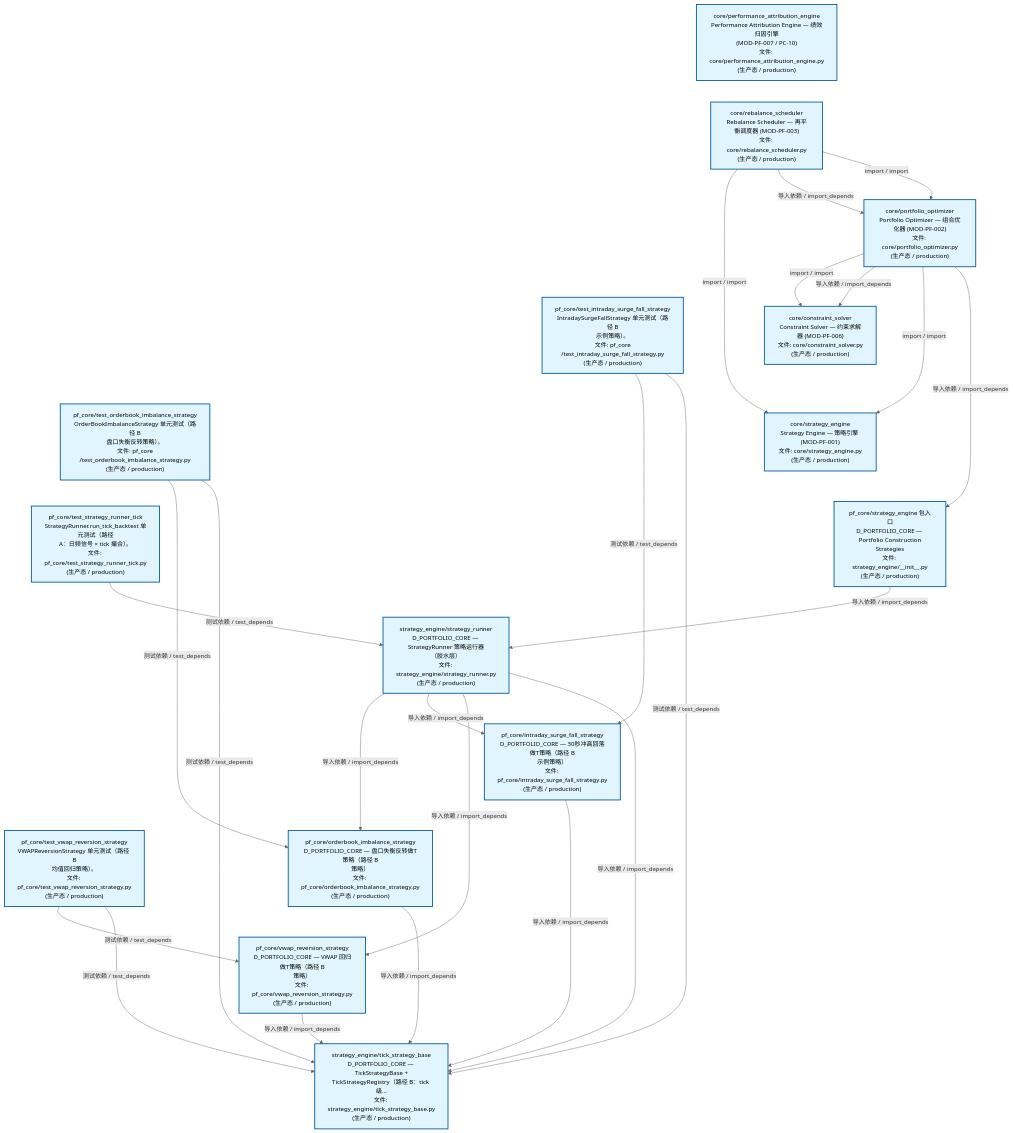
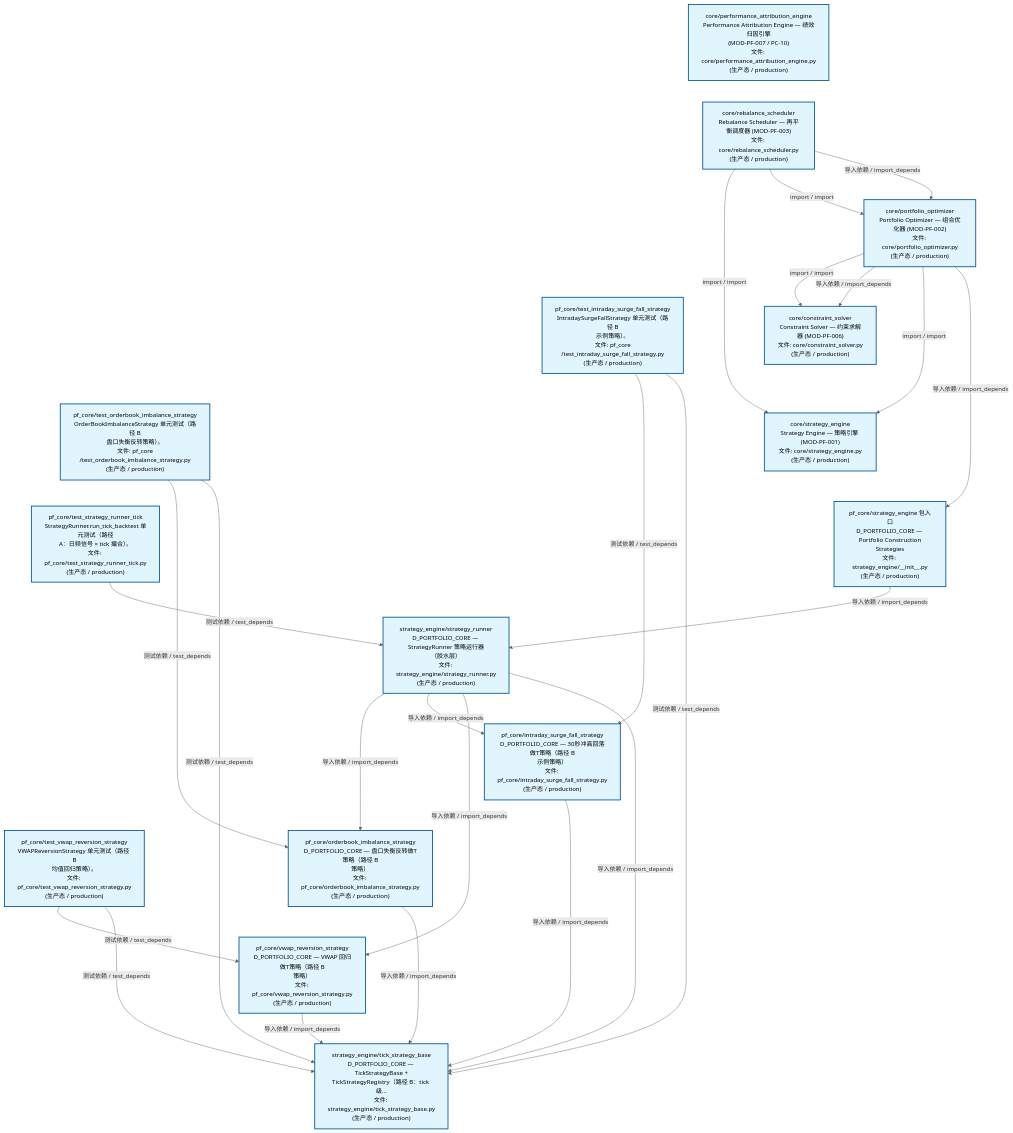
The second of 4 diagrams in docs/02_enterprise_architecture/02_domain_architecture_docs/63_d_pf_core.md (xuanFelixVan/ZephyrAlpha), drawn with Mermaid before and after one commit. The commit also changed other lines of this file and 41 other files, not shown here.

````diff
--- a/docs/02_enterprise_architecture/02_domain_architecture_docs/63_d_pf_core.md
+++ b/docs/02_enterprise_architecture/02_domain_architecture_docs/63_d_pf_core.md
@@ -139,55 +140,55 @@
 ```mermaid
 %%{init: {'theme': 'base', 'themeVariables': {'primaryColor': '#eaeaea', 'primaryTextColor': '#333333', 'primaryBorderColor': '#666666', 'lineColor': '#666666', 'secondaryColor': '#eaeaea', 'tertiaryColor': '#eaeaea', 'fontSize': '14px'}}}%%
 flowchart TD
     src_zephyr_pf_core_core_performance_attribution_engine_py["core/performance_attribution_engine<br/>Performance Attribution Engine — 绩效归因引擎<br/>(MOD-PF-007 / PC-10)<br/>文件: core/performance_attribution_engine.py<br/>(生产态 / production)"]
     src_zephyr_pf_core_core_rebalance_scheduler_py["core/rebalance_scheduler<br/>Rebalance Scheduler — 再平衡调度器 (MOD-PF-003)<br/>文件: core/rebalance_scheduler.py<br/>(生产态 / production)"]
     tests_pf_core_test_intraday_surge_fall_strategy_py["pf_core/test_intraday_surge_fall_strategy<br/>IntradaySurgeFallStrategy 单元测试（路径 B<br/>示例策略）。<br/>文件: pf_core<br/>/test_intraday_surge_fall_strategy.py<br/>(生产态 / production)"]
     tests_pf_core_test_orderbook_imbalance_strategy_py["pf_core/test_orderbook_imbalance_strategy<br/>OrderBookImbalanceStrategy 单元测试（路径 B<br/>盘口失衡反转策略）。<br/>文件: pf_core<br/>/test_orderbook_imbalance_strategy.py<br/>(生产态 / production)"]
     tests_pf_core_test_strategy_runner_tick_py["pf_core/test_strategy_runner_tick<br/>StrategyRunner.run_tick_backtest 单元测试（路径<br/>A：日频信号 × tick 撮合）。<br/>文件: pf_core/test_strategy_runner_tick.py<br/>(生产态 / production)"]
     tests_pf_core_test_vwap_reversion_strategy_py["pf_core/test_vwap_reversion_strategy<br/>VWAPReversionStrategy 单元测试（路径 B<br/>均值回归策略）。<br/>文件: pf_core/test_vwap_reversion_strategy.py<br/>(生产态 / production)"]
     src_zephyr_pf_core_core_performance_attribution_engine_py ~~~ src_zephyr_pf_core_core_rebalance_scheduler_py
     src_zephyr_pf_core_core_rebalance_scheduler_py ~~~ tests_pf_core_test_intraday_surge_fall_strategy_py
     tests_pf_core_test_intraday_surge_fall_strategy_py ~~~ tests_pf_core_test_orderbook_imbalance_strategy_py
     tests_pf_core_test_orderbook_imbalance_strategy_py ~~~ tests_pf_core_test_strategy_runner_tick_py
     tests_pf_core_test_strategy_runner_tick_py ~~~ tests_pf_core_test_vwap_reversion_strategy_py
     src_zephyr_pf_core_core_portfolio_optimizer_py["core/portfolio_optimizer<br/>Portfolio Optimizer — 组合优化器 (MOD-PF-002)<br/>文件: core/portfolio_optimizer.py<br/>(生产态 / production)"]
     src_zephyr_pf_core_core_constraint_solver_py["core/constraint_solver<br/>Constraint Solver — 约束求解器 (MOD-PF-006)<br/>文件: core/constraint_solver.py<br/>(生产态 / production)"]
     src_zephyr_pf_core_core_strategy_engine_py["core/strategy_engine<br/>Strategy Engine — 策略引擎 (MOD-PF-001)<br/>文件: core/strategy_engine.py<br/>(生产态 / production)"]
     src_zephyr_pf_core_strategy_engine_init_py["pf_core/strategy_engine 包入口<br/>D_PORTFOLIO_CORE — Portfolio Construction<br/>Strategies<br/>文件: strategy_engine/__init__.py<br/>(生产态 / production)"]
     src_zephyr_pf_core_core_constraint_solver_py ~~~ src_zephyr_pf_core_core_strategy_engine_py
     src_zephyr_pf_core_core_strategy_engine_py ~~~ src_zephyr_pf_core_strategy_engine_init_py
     src_zephyr_pf_core_strategy_engine_strategy_runner_py["strategy_engine/strategy_runner<br/>D_PORTFOLIO_CORE — StrategyRunner 策略运行器<br/>（胶水层）<br/>文件: strategy_engine/strategy_runner.py<br/>(生产态 / production)"]
     src_zephyr_pf_core_intraday_surge_fall_strategy_py["pf_core/intraday_surge_fall_strategy<br/>D_PORTFOLIO_CORE — 30秒冲高回落做T策略（路径 B<br/>示例策略）<br/>文件: pf_core/intraday_surge_fall_strategy.py<br/>(生产态 / production)"]
     src_zephyr_pf_core_orderbook_imbalance_strategy_py["pf_core/orderbook_imbalance_strategy<br/>D_PORTFOLIO_CORE — 盘口失衡反转做T策略（路径 B<br/>策略）<br/>文件: pf_core/orderbook_imbalance_strategy.py<br/>(生产态 / production)"]
     src_zephyr_pf_core_vwap_reversion_strategy_py["pf_core/vwap_reversion_strategy<br/>D_PORTFOLIO_CORE — VWAP 回归做T策略（路径 B<br/>策略）<br/>文件: pf_core/vwap_reversion_strategy.py<br/>(生产态 / production)"]
     src_zephyr_pf_core_intraday_surge_fall_strategy_py ~~~ src_zephyr_pf_core_orderbook_imbalance_strategy_py
     src_zephyr_pf_core_orderbook_imbalance_strategy_py ~~~ src_zephyr_pf_core_vwap_reversion_strategy_py
     src_zephyr_pf_core_strategy_engine_tick_strategy_base_py["strategy_engine/tick_strategy_base<br/>D_PORTFOLIO_CORE — TickStrategyBase +<br/>TickStrategyRegistry（路径 B：tick 级...<br/>文件: strategy_engine/tick_strategy_base.py<br/>(生产态 / production)"]
     src_zephyr_pf_core_orderbook_imbalance_strategy_py -->|导入依赖 / import_depends| src_zephyr_pf_core_strategy_engine_tick_strategy_base_py
     src_zephyr_pf_core_intraday_surge_fall_strategy_py -->|导入依赖 / import_depends| src_zephyr_pf_core_strategy_engine_tick_strategy_base_py
     src_zephyr_pf_core_vwap_reversion_strategy_py -->|导入依赖 / import_depends| src_zephyr_pf_core_strategy_engine_tick_strategy_base_py
-    src_zephyr_pf_core_core_rebalance_scheduler_py -->|import / import| src_zephyr_pf_core_core_strategy_engine_py
-    src_zephyr_pf_core_core_rebalance_scheduler_py -->|导入依赖 / import_depends| src_zephyr_pf_core_core_portfolio_optimizer_py
-    src_zephyr_pf_core_core_rebalance_scheduler_py -->|import / import| src_zephyr_pf_core_core_portfolio_optimizer_py
     src_zephyr_pf_core_core_portfolio_optimizer_py -->|import / import| src_zephyr_pf_core_core_constraint_solver_py
     src_zephyr_pf_core_core_portfolio_optimizer_py -->|导入依赖 / import_depends| src_zephyr_pf_core_core_constraint_solver_py
     src_zephyr_pf_core_core_portfolio_optimizer_py -->|import / import| src_zephyr_pf_core_core_strategy_engine_py
     src_zephyr_pf_core_core_portfolio_optimizer_py -->|导入依赖 / import_depends| src_zephyr_pf_core_strategy_engine_init_py
+    src_zephyr_pf_core_core_rebalance_scheduler_py -->|import / import| src_zephyr_pf_core_core_strategy_engine_py
+    src_zephyr_pf_core_core_rebalance_scheduler_py -->|import / import| src_zephyr_pf_core_core_portfolio_optimizer_py
+    src_zephyr_pf_core_core_rebalance_scheduler_py -->|导入依赖 / import_depends| src_zephyr_pf_core_core_portfolio_optimizer_py
+    src_zephyr_pf_core_strategy_engine_init_py -->|导入依赖 / import_depends| src_zephyr_pf_core_strategy_engine_strategy_runner_py
     src_zephyr_pf_core_strategy_engine_strategy_runner_py -->|导入依赖 / import_depends| src_zephyr_pf_core_orderbook_imbalance_strategy_py
     src_zephyr_pf_core_strategy_engine_strategy_runner_py -->|导入依赖 / import_depends| src_zephyr_pf_core_intraday_surge_fall_strategy_py
     src_zephyr_pf_core_strategy_engine_strategy_runner_py -->|导入依赖 / import_depends| src_zephyr_pf_core_vwap_reversion_strategy_py
     src_zephyr_pf_core_strategy_engine_strategy_runner_py -->|导入依赖 / import_depends| src_zephyr_pf_core_strategy_engine_tick_strategy_base_py
-    src_zephyr_pf_core_strategy_engine_init_py -->|导入依赖 / import_depends| src_zephyr_pf_core_strategy_engine_strategy_runner_py
     tests_pf_core_test_intraday_surge_fall_strategy_py -->|测试依赖 / test_depends| src_zephyr_pf_core_intraday_surge_fall_strategy_py
     tests_pf_core_test_intraday_surge_fall_strategy_py -->|测试依赖 / test_depends| src_zephyr_pf_core_strategy_engine_tick_strategy_base_py
     tests_pf_core_test_orderbook_imbalance_strategy_py -->|测试依赖 / test_depends| src_zephyr_pf_core_orderbook_imbalance_strategy_py
     tests_pf_core_test_orderbook_imbalance_strategy_py -->|测试依赖 / test_depends| src_zephyr_pf_core_strategy_engine_tick_strategy_base_py
-    tests_pf_core_test_strategy_runner_tick_py -->|测试依赖 / test_depends| src_zephyr_pf_core_strategy_engine_strategy_runner_py
     tests_pf_core_test_vwap_reversion_strategy_py -->|测试依赖 / test_depends| src_zephyr_pf_core_vwap_reversion_strategy_py
     tests_pf_core_test_vwap_reversion_strategy_py -->|测试依赖 / test_depends| src_zephyr_pf_core_strategy_engine_tick_strategy_base_py
+    tests_pf_core_test_strategy_runner_tick_py -->|测试依赖 / test_depends| src_zephyr_pf_core_strategy_engine_strategy_runner_py
     classDef production fill:#e1f5fe,stroke:#01579b,stroke-width:2px,color:#000
     classDef design fill:#fff3e0,stroke:#e65100,stroke-width:2px,color:#000,stroke-dasharray: 5 5
     classDef external_prod fill:#e8f4fd,stroke:#0277bd,stroke-width:1px,color:#000
     classDef external_design fill:#fff8e7,stroke:#ef6c00,stroke-width:1px,color:#000,stroke-dasharray: 5 5
     class src_zephyr_pf_core_core_constraint_solver_py,src_zephyr_pf_core_core_performance_attribution_engine_py,src_zephyr_pf_core_core_portfolio_optimizer_py,src_zephyr_pf_core_core_rebalance_scheduler_py,src_zephyr_pf_core_core_strategy_engine_py,src_zephyr_pf_core_intraday_surge_fall_strategy_py,src_zephyr_pf_core_orderbook_imbalance_strategy_py,src_zephyr_pf_core_strategy_engine_init_py,src_zephyr_pf_core_strategy_engine_strategy_runner_py,src_zephyr_pf_core_strategy_engine_tick_strategy_base_py,src_zephyr_pf_core_vwap_reversion_strategy_py,tests_pf_core_test_intraday_surge_fall_strategy_py,tests_pf_core_test_orderbook_imbalance_strategy_py,tests_pf_core_test_strategy_runner_tick_py,tests_pf_core_test_vwap_reversion_strategy_py production
 ```
````
